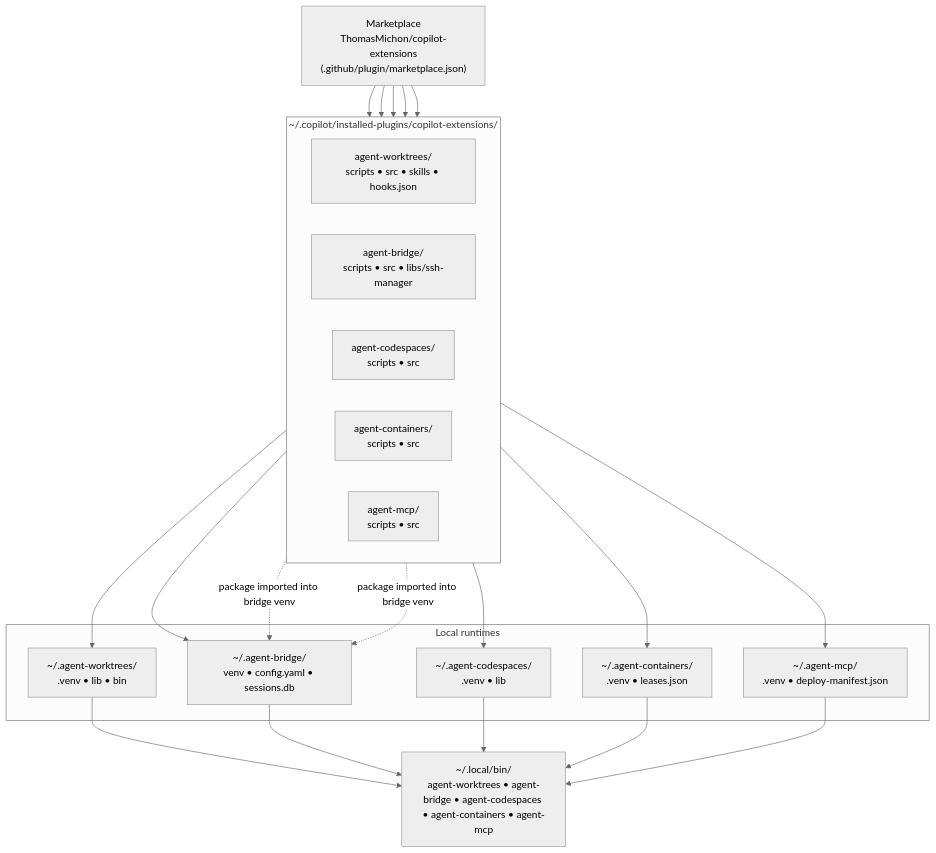
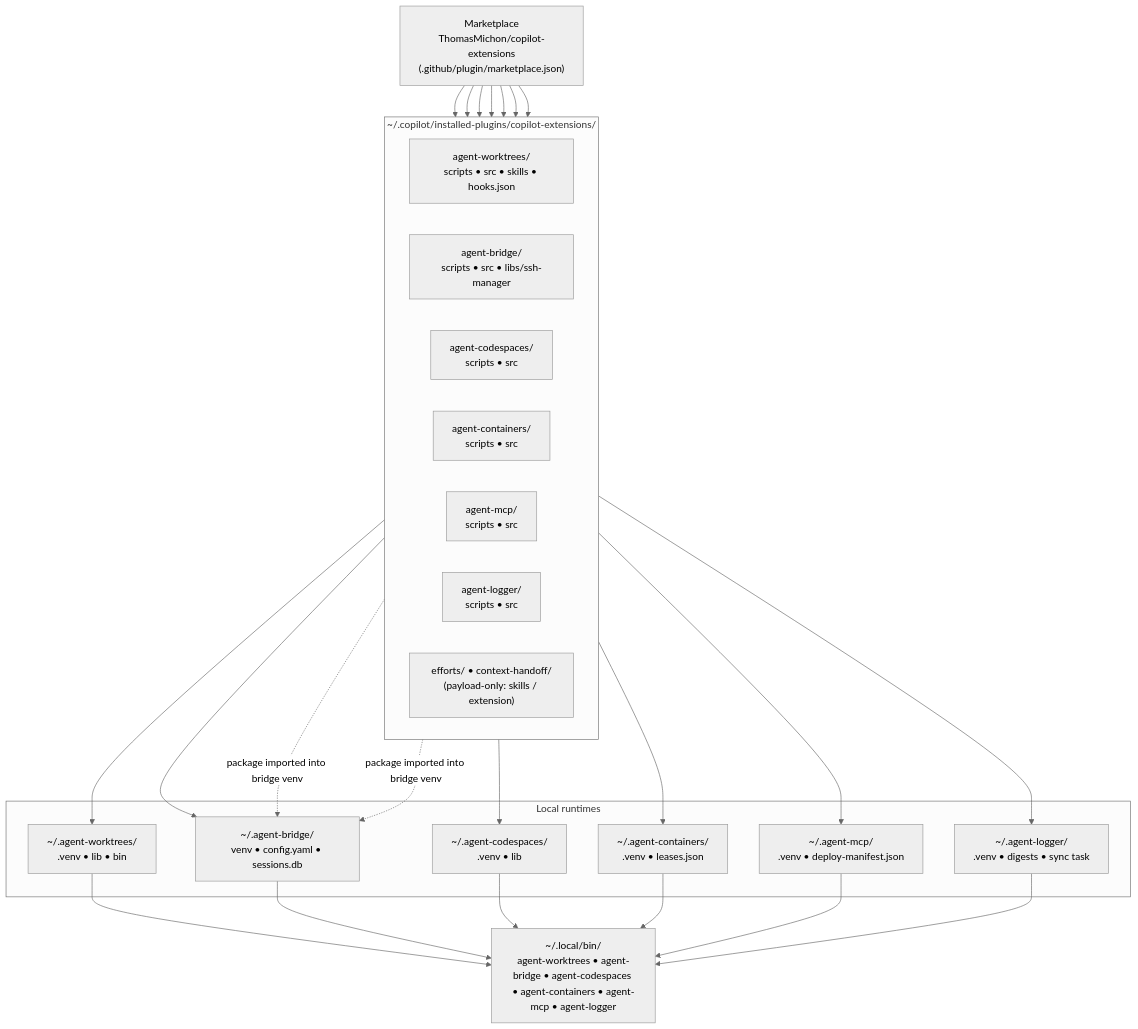
Before and after one commit to ThomasMichon/copilot-extensions: the first of 4 diagrams in docs/architecture.md, drawn with Mermaid (neutral theme). The commit also changed other lines of this file and 8 other files, not shown here.

````diff
--- a/docs/architecture.md
+++ b/docs/architecture.md
@@ -23,32 +46,38 @@
 ```mermaid
 flowchart TB
     MP["Marketplace<br/>ThomasMichon/copilot-extensions<br/>(.github/plugin/marketplace.json)"]
     subgraph IP["~/.copilot/installed-plugins/copilot-extensions/"]
       direction LR
       AW["agent-worktrees/<br/>scripts • src • skills • hooks.json"]
       AB["agent-bridge/<br/>scripts • src • libs/ssh-manager"]
       AC["agent-codespaces/<br/>scripts • src"]
       AN["agent-containers/<br/>scripts • src"]
       AM["agent-mcp/<br/>scripts • src"]
+      AL["agent-logger/<br/>scripts • src"]
+      PO["efforts/ • context-handoff/<br/>(payload-only: skills / extension)"]
     end
     subgraph RT["Local runtimes"]
       RW["~/.agent-worktrees/<br/>.venv • lib • bin"]
       RB["~/.agent-bridge/<br/>venv • config.yaml • sessions.db"]
       RC["~/.agent-codespaces/<br/>.venv • lib"]
       RN["~/.agent-containers/<br/>.venv • leases.json"]
       RM["~/.agent-mcp/<br/>.venv • deploy-manifest.json"]
+      RL["~/.agent-logger/<br/>.venv • digests • sync task"]
     end
-    BIN["~/.local/bin/<br/>agent-worktrees • agent-bridge • agent-codespaces • agent-containers • agent-mcp"]
+    BIN["~/.local/bin/<br/>agent-worktrees • agent-bridge • agent-codespaces • agent-containers • agent-mcp • agent-logger"]
     MP --> AW --> RW
     MP --> AB --> RB
     MP --> AC --> RC
     MP --> AN --> RN
     MP --> AM --> RM
+    MP --> AL --> RL
+    MP --> PO
     RW --> BIN
     RB --> BIN
     RC --> BIN
     RN --> BIN
     RM --> BIN
+    RL --> BIN
     AC -.->|package imported into bridge venv| RB
     AN -.->|package imported into bridge venv| RB
 ```
````
